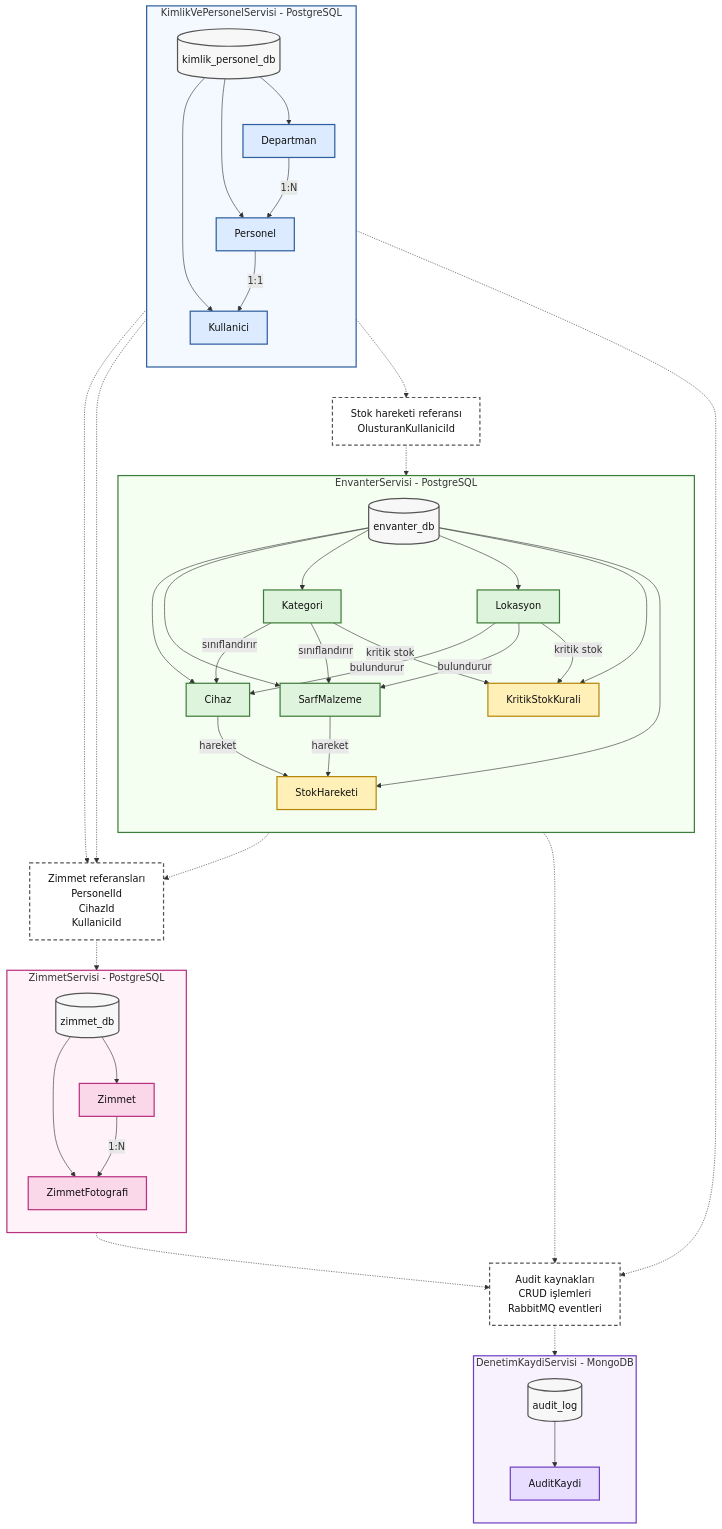
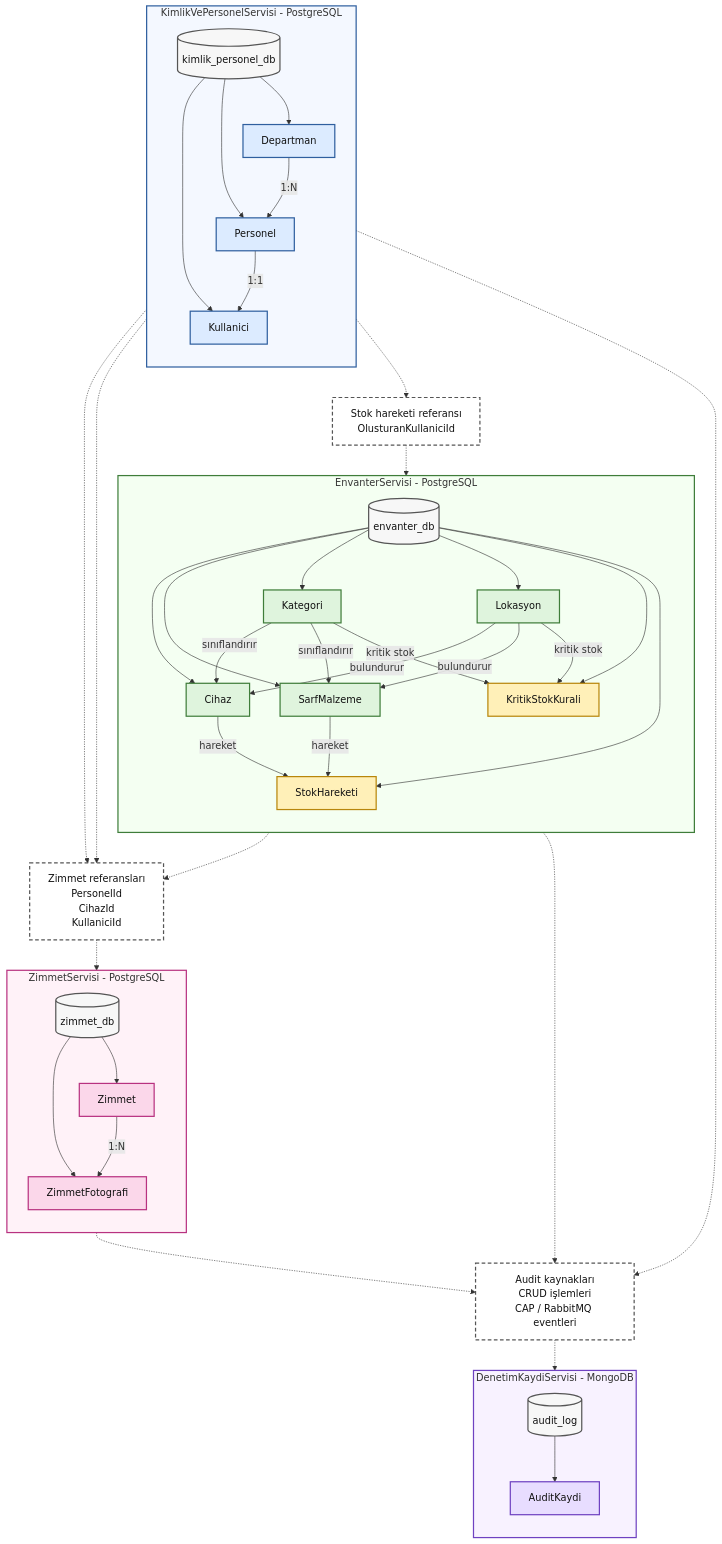
Before and after one commit to fatihdmrc/ITEnvanterTakibiMikroservisProjesi: the diagram in dokümanlar/diyagram kodları/Veri Modeli/veri-modeli-servis-bazli.mmd, drawn with Mermaid. The commit also changed 141 other files, not shown here.

```diff
--- a/dokümanlar/diyagram kodları/Veri Modeli/veri-modeli-servis-bazli.mmd
+++ b/dokümanlar/diyagram kodları/Veri Modeli/veri-modeli-servis-bazli.mmd
@@ -1,103 +1,103 @@
 flowchart TB
     %% Servis bazlı sade veri modeli
     %% Bu diyagram servis sınırlarını okunabilir göstermek içindir.
     %% Detaylı tablo alanları ve tüm ilişkiler için veri-modeli-er.mmd kullanılmalıdır.
 
     subgraph KPS["KimlikVePersonelServisi - PostgreSQL"]
         direction TB
         KPS_DB[(kimlik_personel_db)]
         KULLANICI["Kullanici"]
         PERSONEL["Personel"]
         DEPARTMAN["Departman"]
 
         KPS_DB --> KULLANICI
         KPS_DB --> PERSONEL
         KPS_DB --> DEPARTMAN
         DEPARTMAN -->|"1:N"| PERSONEL
         PERSONEL -->|"1:1"| KULLANICI
     end
 
     subgraph ES["EnvanterServisi - PostgreSQL"]
         direction TB
         ES_DB[(envanter_db)]
         CIHAZ["Cihaz"]
         SARF["SarfMalzeme"]
         KATEGORI["Kategori"]
         LOKASYON["Lokasyon"]
         KRITIK["KritikStokKurali"]
         STOK["StokHareketi"]
 
         ES_DB --> CIHAZ
         ES_DB --> SARF
         ES_DB --> KATEGORI
         ES_DB --> LOKASYON
         ES_DB --> KRITIK
         ES_DB --> STOK
         KATEGORI -->|"sınıflandırır"| CIHAZ
         KATEGORI -->|"sınıflandırır"| SARF
         LOKASYON -->|"bulundurur"| CIHAZ
         LOKASYON -->|"bulundurur"| SARF
         KATEGORI -->|"kritik stok"| KRITIK
         LOKASYON -->|"kritik stok"| KRITIK
         CIHAZ -->|"hareket"| STOK
         SARF -->|"hareket"| STOK
     end
 
     subgraph ZS["ZimmetServisi - PostgreSQL"]
         direction TB
         ZS_DB[(zimmet_db)]
         ZIMMET["Zimmet"]
         FOTO["ZimmetFotografi"]
 
         ZS_DB --> ZIMMET
         ZS_DB --> FOTO
         ZIMMET -->|"1:N"| FOTO
     end
 
     subgraph DKS["DenetimKaydiServisi - MongoDB"]
         direction TB
         MONGO[(audit_log)]
         AUDIT["AuditKaydi"]
 
         MONGO --> AUDIT
     end
 
     %% Servisler arası referans özeti
     REF_ZIMMET["Zimmet referansları<br/>PersonelId<br/>CihazId<br/>KullaniciId"]
     REF_STOK["Stok hareketi referansı<br/>OlusturanKullaniciId"]
-    REF_AUDIT["Audit kaynakları<br/>CRUD işlemleri<br/>RabbitMQ eventleri"]
+    REF_AUDIT["Audit kaynakları<br/>CRUD işlemleri<br/>CAP / RabbitMQ eventleri"]
 
     PERSONEL -.-> REF_ZIMMET
     CIHAZ -.-> REF_ZIMMET
     KULLANICI -.-> REF_ZIMMET
     REF_ZIMMET -.-> ZIMMET
 
     KULLANICI -.-> REF_STOK
     REF_STOK -.-> STOK
 
     KPS_DB -.-> REF_AUDIT
     ES_DB -.-> REF_AUDIT
     ZS_DB -.-> REF_AUDIT
     REF_AUDIT -.-> AUDIT
 
     %% Renkler
     classDef identity fill:#DCEBFF,stroke:#2F5F9F,stroke-width:2px,color:#111;
     classDef inventory fill:#DFF4DD,stroke:#3F7D3A,stroke-width:2px,color:#111;
     classDef stock fill:#FFF0B8,stroke:#B8860B,stroke-width:2px,color:#111;
     classDef assignment fill:#FBD7EA,stroke:#B83280,stroke-width:2px,color:#111;
     classDef audit fill:#E8DDFF,stroke:#6F42C1,stroke-width:2px,color:#111;
     classDef ref fill:#FFFFFF,stroke:#555,stroke-width:2px,stroke-dasharray: 6 4,color:#111;
     classDef db fill:#F7F7F7,stroke:#555,stroke-width:2px,color:#111;
 
     class KULLANICI,PERSONEL,DEPARTMAN identity;
     class CIHAZ,SARF,KATEGORI,LOKASYON inventory;
     class KRITIK,STOK stock;
     class ZIMMET,FOTO assignment;
     class AUDIT audit;
     class REF_ZIMMET,REF_STOK,REF_AUDIT ref;
     class KPS_DB,ES_DB,ZS_DB,MONGO db;
 
     style KPS fill:#F4F8FF,stroke:#2F5F9F,stroke-width:2px
     style ES fill:#F4FFF2,stroke:#3F7D3A,stroke-width:2px
     style ZS fill:#FFF2F8,stroke:#B83280,stroke-width:2px
     style DKS fill:#F8F2FF,stroke:#6F42C1,stroke-width:2px
```
